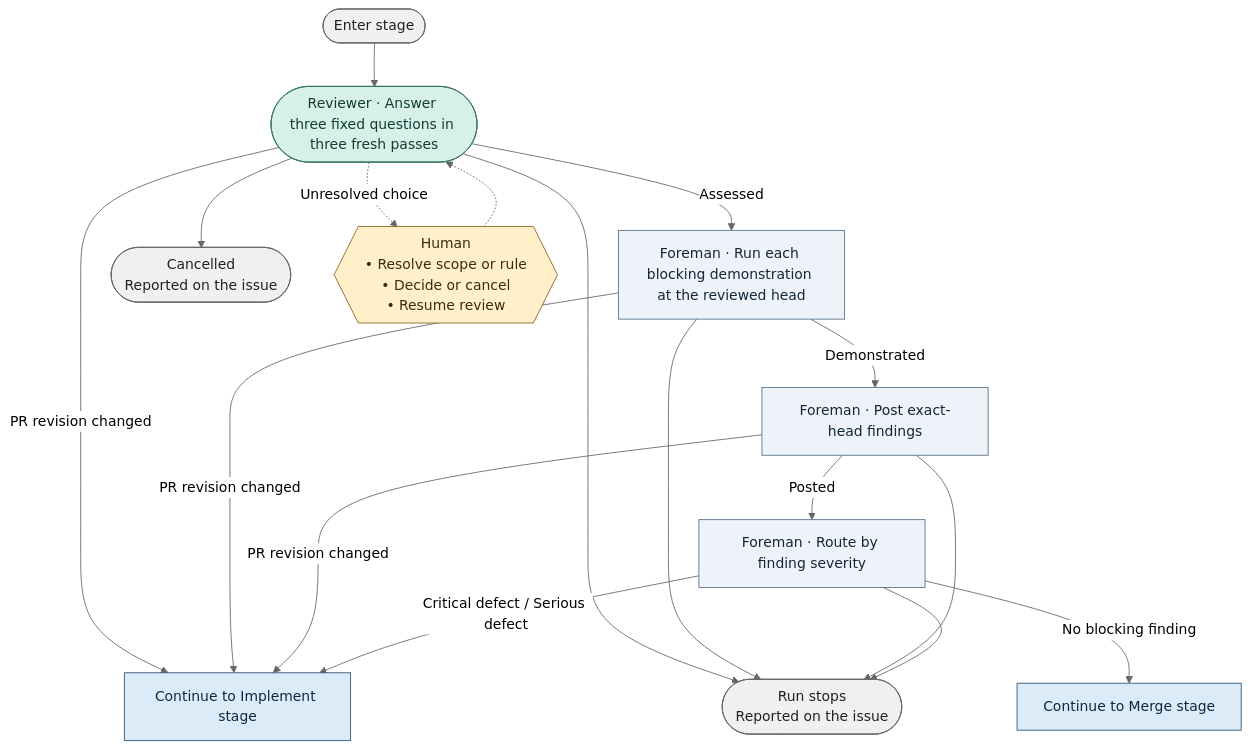
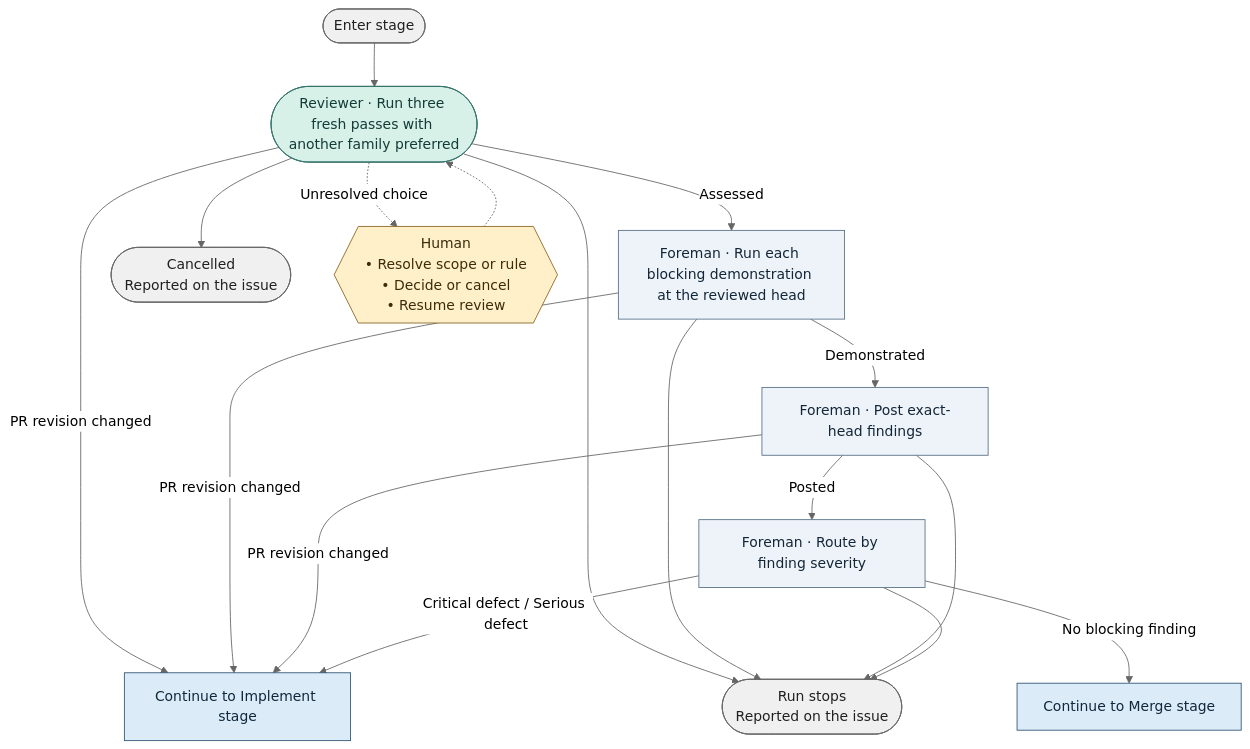
One commit to bookout-labs/tools changed the diagram in docs/graph/blueprint/views/stages/review.mmd. Above: the diagram before and after it, drawn with Mermaid (neutral theme). The commit also changed 14 other files, not shown here.

```diff
--- a/docs/graph/blueprint/views/stages/review.mmd
+++ b/docs/graph/blueprint/views/stages/review.mmd
@@ -1,32 +1,32 @@
 flowchart TD
     n0(["Enter stage"]):::terminal
-    n1(["Reviewer · Answer three fixed questions in three fresh passes"]):::worker
+    n1(["Reviewer · Run three fresh passes with another family preferred"]):::worker
     n2["Foreman · Run each blocking demonstration at the reviewed head"]:::step
     n3["Foreman · Post exact-head findings"]:::step
     n4["Foreman · Route by finding severity"]:::step
     n5["Continue to Implement stage"]:::stage
     n6(["Cancelled<br/>Reported on the issue"]):::terminal
     n7(["Run stops<br/>Reported on the issue"]):::terminal
     n8["Continue to Merge stage"]:::stage
     n9{{"Human<br/>• Resolve scope or rule<br/>• Decide or cancel<br/>• Resume review"}}:::gate
     n0 --> n1
     n1 -->|"PR revision changed"| n5
     n1 --> n6
     n1 --> n7
     n1 -->|"Assessed"| n2
     n2 -->|"PR revision changed"| n5
     n2 --> n7
     n2 -->|"Demonstrated"| n3
     n3 -->|"PR revision changed"| n5
     n3 --> n7
     n3 -->|"Posted"| n4
     n4 --> n7
     n4 -->|"Critical defect / Serious defect"| n5
     n4 -->|"No blocking finding"| n8
     n1 -.->|"Unresolved choice"| n9
     n9 -.-> n1
     classDef stage fill:#dcebf8,stroke:#315675,color:#10283b
     classDef step fill:#edf3f8,stroke:#597187,color:#132638
     classDef worker fill:#d7f0e8,stroke:#357369,color:#133c36
     classDef gate fill:#fff0c9,stroke:#89641f,color:#3f2b0b
     classDef terminal fill:#f0f0f0,stroke:#666666,color:#202020
```
